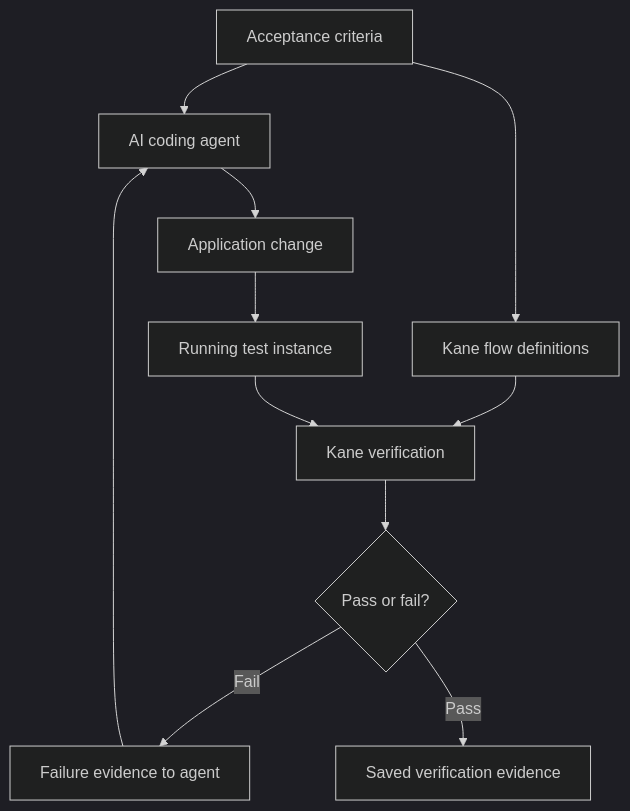
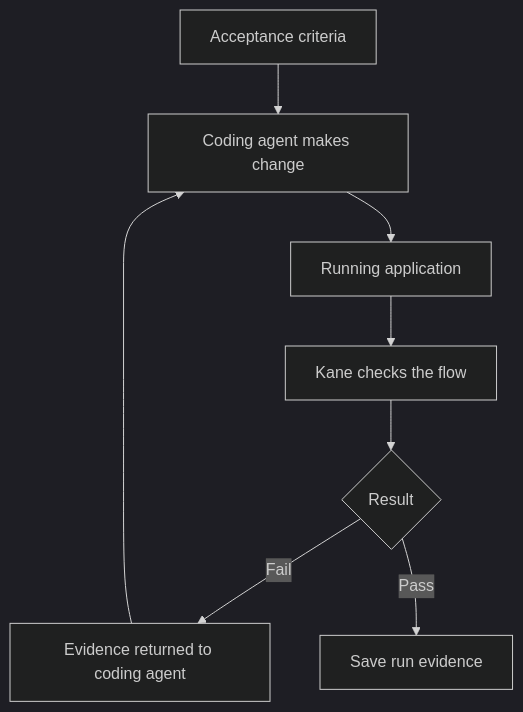
One commit to pranavteja/loose-ends changed the third of 5 diagrams in docs/architecture.md. Above: the diagram before and after it, drawn with Mermaid (dark theme). The commit also changed other lines of this file and 13 other files, not shown here.

````diff
--- a/docs/architecture.md
+++ b/docs/architecture.md
@@ -25,13 +104,10 @@
 ```mermaid
 flowchart TD
-    SPEC["Acceptance criteria"] --> AGENT["AI coding agent"]
-    AGENT --> CHANGE["Application change"]
-    CHANGE --> APP["Running test instance"]
-    SPEC --> FLOWS["Kane flow definitions"]
-    FLOWS --> VERIFY["Kane verification"]
-    APP --> VERIFY
-    VERIFY --> RESULT{"Pass or fail?"}
-    RESULT -->|Fail| EVIDENCE["Failure evidence to agent"]
-    EVIDENCE --> AGENT
-    RESULT -->|Pass| RECORD["Saved verification evidence"]
+    AC["Acceptance criteria"] --> AGENT["Coding agent makes change"]
+    AGENT --> APP["Running application"]
+    APP --> KANE["Kane checks the flow"]
+    KANE --> RESULT{"Result"}
+    RESULT -->|Fail| FIX["Evidence returned to coding agent"]
+    FIX --> AGENT
+    RESULT -->|Pass| SAVE["Save run evidence"]
 ```
````
